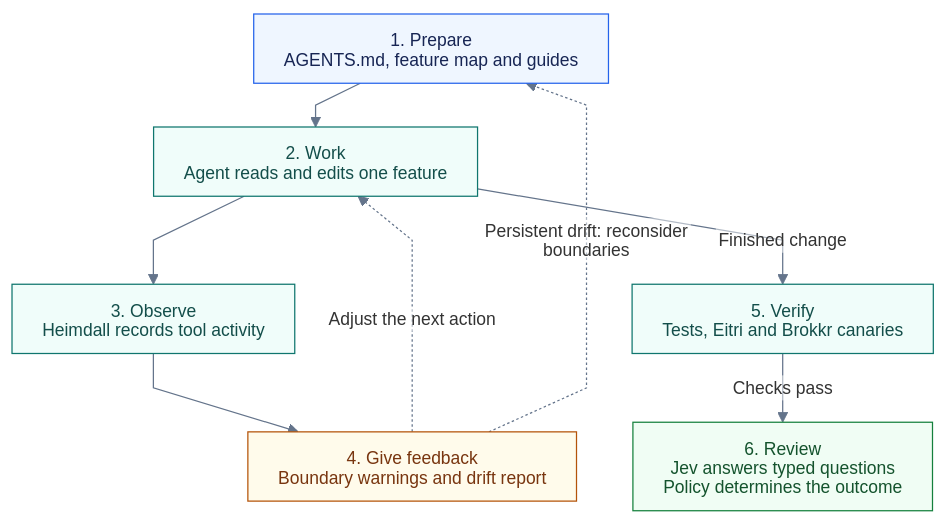
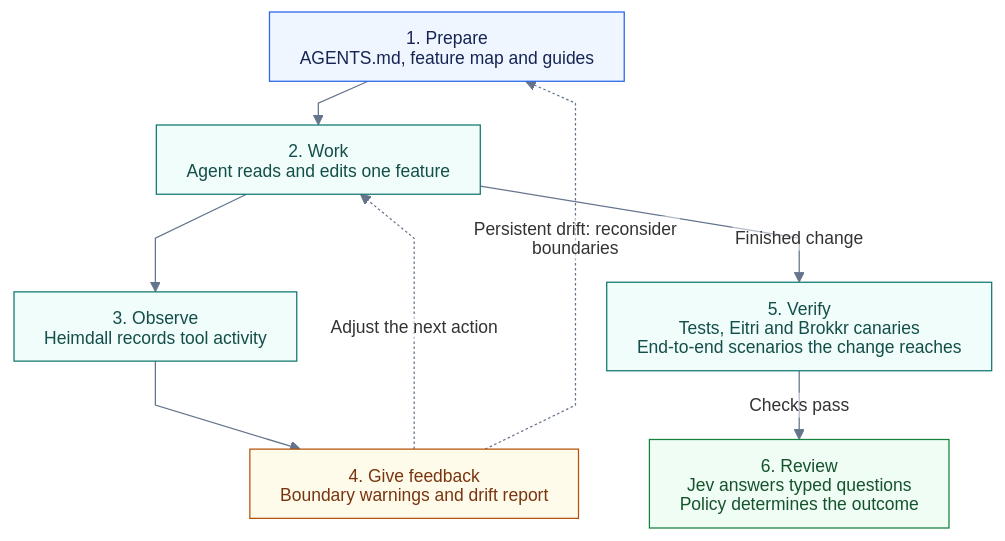
One commit to mrrasmussendk/pfa-api changed the diagram in docs/diagrams/harness.mmd. Above: the diagram before and after it, drawn with Mermaid. The commit also changed 10 other files, not shown here.

```diff
--- a/docs/diagrams/harness.mmd
+++ b/docs/diagrams/harness.mmd
@@ -1,20 +1,20 @@
 %%{init: {"theme": "base", "themeVariables": {"fontFamily": "Arial, sans-serif", "fontSize": "14px", "lineColor": "#64748b", "edgeLabelBackground": "#ffffff", "clusterBkg": "#f8fafc", "clusterBorder": "#cbd5e1"}, "htmlLabels": false, "flowchart": {"htmlLabels": false, "curve": "linear", "nodeSpacing": 30, "rankSpacing": 35, "padding": 12, "wrappingWidth": 260}}}%%
 flowchart TB
     accTitle: The agent harness
-    accDescr: Preparation guides the agent; observation feeds back into the work and the map. Finished changes pass deterministic checks and receive a separate Jev review.
+    accDescr: Preparation guides the agent; observation feeds back into the work and the map. Finished changes pass deterministic checks and the end-to-end scenarios they reach, and receive a separate Jev review.
     map["1. Prepare<br/>AGENTS.md, feature map and guides"]:::input
     work["2. Work<br/>Agent reads and edits one feature"]:::process
     observe["3. Observe<br/>Heimdall records tool activity"]:::process
     feedback["4. Give feedback<br/>Boundary warnings and drift report"]:::decision
-    checks["5. Verify<br/>Tests, Eitri and Brokkr canaries"]:::process
+    checks["5. Verify<br/>Tests, Eitri and Brokkr canaries<br/>End-to-end scenarios the change reaches"]:::process
     review["6. Review<br/>Jev answers typed questions<br/>Policy determines the outcome"]:::output
     map --> work
     work --> observe --> feedback
     feedback -.->|Adjust the next action| work
     feedback -.->|Persistent drift: reconsider boundaries| map
     work -->|Finished change| checks
     checks -->|Checks pass| review
     classDef input fill:#eff6ff,stroke:#2563eb,color:#172554
     classDef process fill:#f0fdfa,stroke:#0f766e,color:#134e4a
     classDef decision fill:#fffbeb,stroke:#b45309,color:#78350f
     classDef output fill:#f0fdf4,stroke:#15803d,color:#14532d
```
